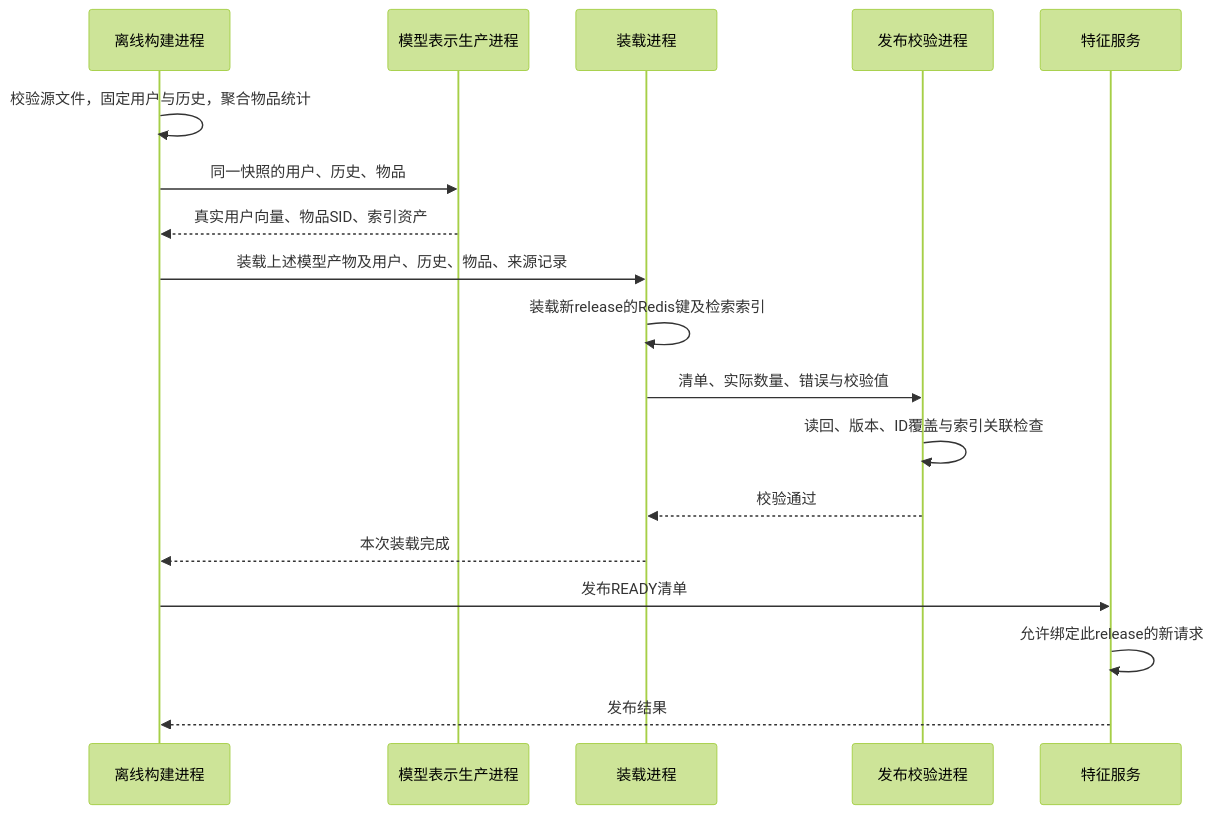
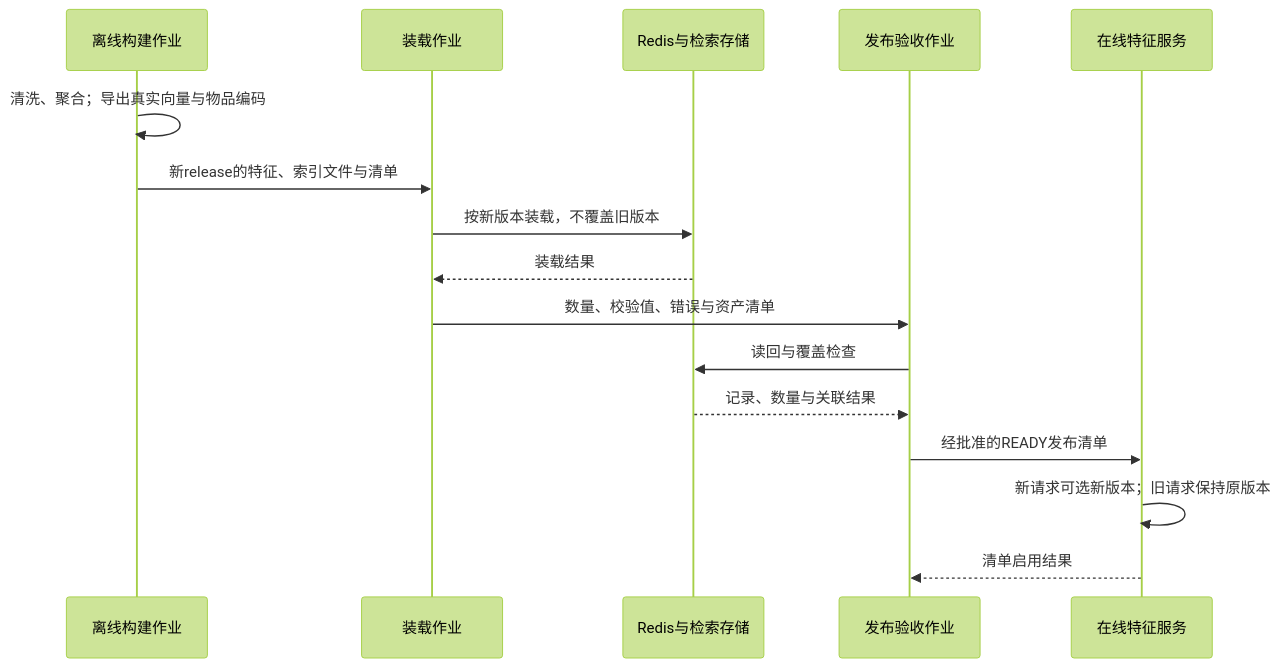
The fourth of 6 diagrams in 05_feature_data.md (bitianyuan123/docs), drawn with Mermaid (forest theme) before and after one commit. The commit also changed other lines of this file and 141 other files, not shown here.

````diff
--- a/05_feature_data.md
+++ b/05_feature_data.md
@@ -246,20 +174,18 @@
 ```mermaid
 sequenceDiagram
-    participant B as 离线构建进程
-    participant M as 模型表示生产进程
-    participant L as 装载进程
-    participant V as 发布校验进程
-    participant F as 特征服务
-    B->>B: 校验源文件，固定用户与历史，聚合物品统计
-    B->>M: 同一快照的用户、历史、物品
-    M-->>B: 真实用户向量、物品SID、索引资产
-    B->>L: 装载上述模型产物及用户、历史、物品、来源记录
-    L->>L: 装载新release的Redis键及检索索引
-    L->>V: 清单、实际数量、错误与校验值
-    V->>V: 读回、版本、ID覆盖与索引关联检查
-    V-->>L: 校验通过
-    L-->>B: 本次装载完成
-    B->>F: 发布READY清单
-    F->>F: 允许绑定此release的新请求
-    F-->>B: 发布结果
+    participant B as 离线构建作业
+    participant L as 装载作业
+    participant R as Redis与检索存储
+    participant V as 发布验收作业
+    participant F as 在线特征服务
+    B->>B: 清洗、聚合；导出真实向量与物品编码
+    B->>L: 新release的特征、索引文件与清单
+    L->>R: 按新版本装载，不覆盖旧版本
+    R-->>L: 装载结果
+    L->>V: 数量、校验值、错误与资产清单
+    V->>R: 读回与覆盖检查
+    R-->>V: 记录、数量与关联结果
+    V->>F: 经批准的READY发布清单
+    F->>F: 新请求可选新版本；旧请求保持原版本
+    F-->>V: 清单启用结果
 ```
````
